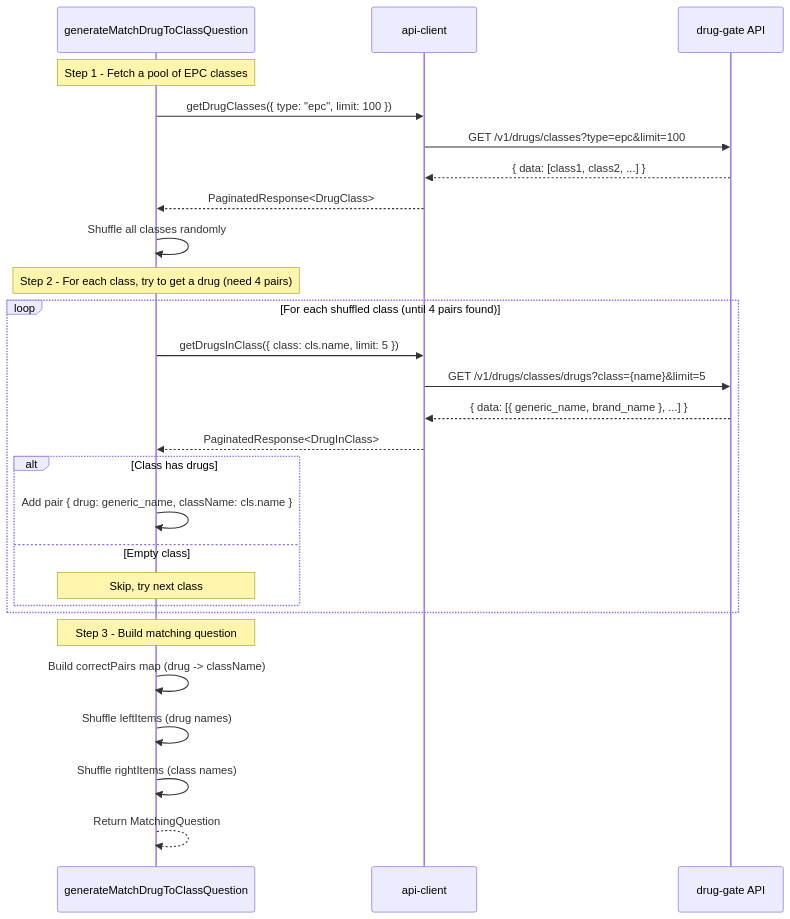
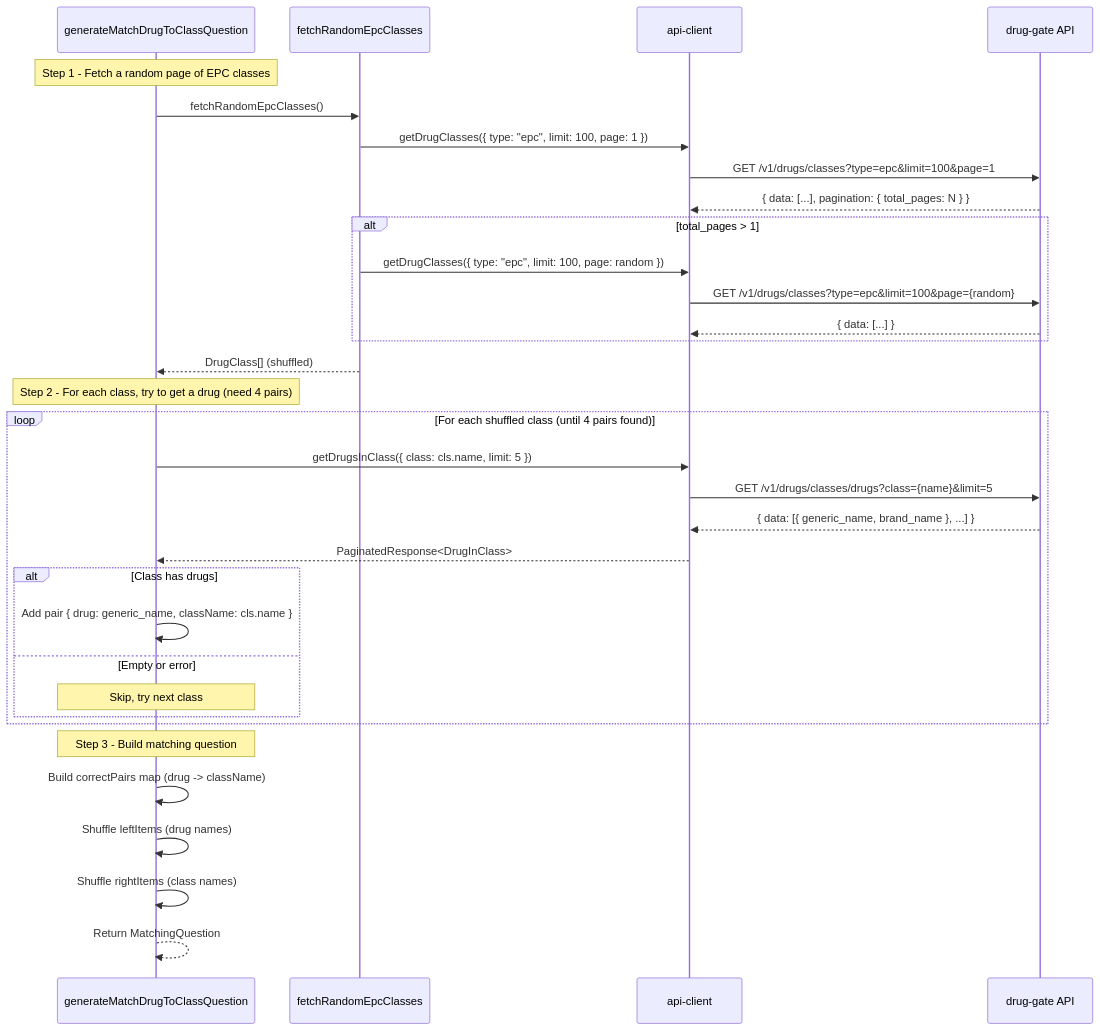
The third of 5 diagrams in docs/sequence-diagram.md (finish06/drugs-quiz), drawn with Mermaid before and after one commit. The commit also changed other lines of this file and 2 other files, not shown here.

First line of the commit message:
docs: update sequence diagrams for pagination-aware generators

````diff
--- a/docs/sequence-diagram.md
+++ b/docs/sequence-diagram.md
@@ -112,33 +111,38 @@
 ```mermaid
 sequenceDiagram
     participant Gen as generateMatchDrugToClassQuestion
+    participant Fetch as fetchRandomEpcClasses
     participant API as api-client
     participant DrugGate as drug-gate API
 
-    Note over Gen: Step 1 - Fetch a pool of EPC classes
-    Gen->>API: getDrugClasses({ type: "epc", limit: 100 })
-    API->>DrugGate: GET /v1/drugs/classes?type=epc&limit=100
-    DrugGate-->>API: { data: [class1, class2, ...] }
-    API-->>Gen: PaginatedResponse<DrugClass>
-
-    Gen->>Gen: Shuffle all classes randomly
+    Note over Gen: Step 1 - Fetch a random page of EPC classes
+    Gen->>Fetch: fetchRandomEpcClasses()
+    Fetch->>API: getDrugClasses({ type: "epc", limit: 100, page: 1 })
+    API->>DrugGate: GET /v1/drugs/classes?type=epc&limit=100&page=1
+    DrugGate-->>API: { data: [...], pagination: { total_pages: N } }
+    alt total_pages > 1
+        Fetch->>API: getDrugClasses({ type: "epc", limit: 100, page: random })
+        API->>DrugGate: GET /v1/drugs/classes?type=epc&limit=100&page={random}
+        DrugGate-->>API: { data: [...] }
+    end
+    Fetch-->>Gen: DrugClass[] (shuffled)
 
     Note over Gen: Step 2 - For each class, try to get a drug (need 4 pairs)
     loop For each shuffled class (until 4 pairs found)
         Gen->>API: getDrugsInClass({ class: cls.name, limit: 5 })
         API->>DrugGate: GET /v1/drugs/classes/drugs?class={name}&limit=5
         DrugGate-->>API: { data: [{ generic_name, brand_name }, ...] }
         API-->>Gen: PaginatedResponse<DrugInClass>
         alt Class has drugs
             Gen->>Gen: Add pair { drug: generic_name, className: cls.name }
-        else Empty class
+        else Empty or error
             Note over Gen: Skip, try next class
         end
     end
 
     Note over Gen: Step 3 - Build matching question
     Gen->>Gen: Build correctPairs map (drug -> className)
     Gen->>Gen: Shuffle leftItems (drug names)
     Gen->>Gen: Shuffle rightItems (class names)
     Gen-->>Gen: Return MatchingQuestion
 ```
````
